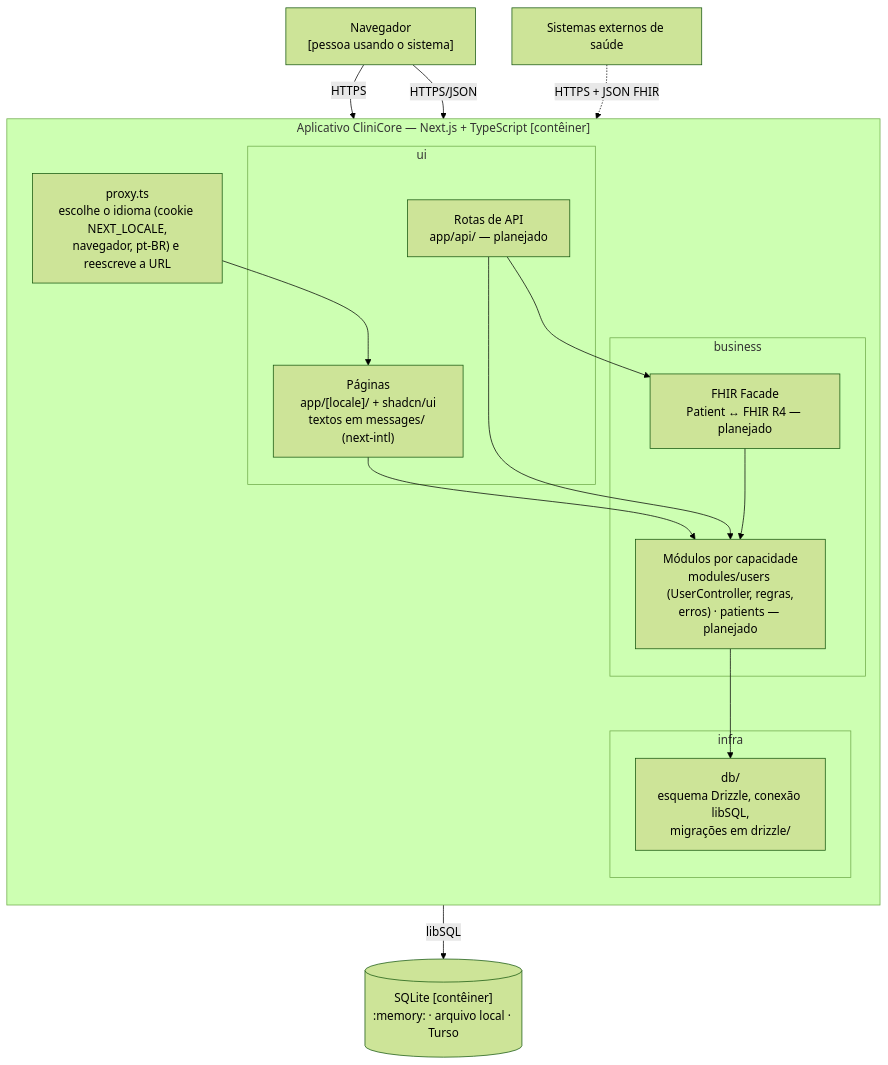
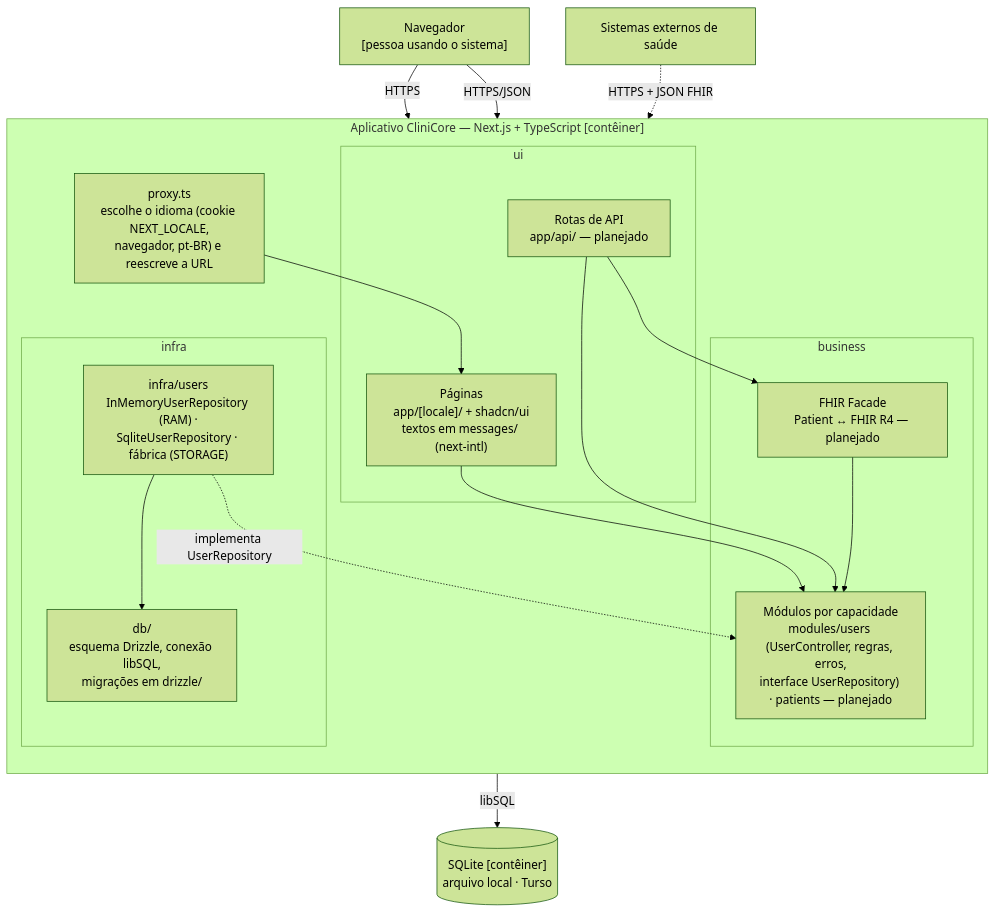
One commit to beatrizmontenegro07/projeto-metodos changed the second of 4 diagrams in docs/07-arquitetura/README.md. Above: the diagram before and after it, drawn with Mermaid (forest theme). The commit also changed other lines of this file and 21 other files, not shown here.

First line of the commit message:
refactor(users): swap storage mechanisms behind a repository interface

````diff
--- a/docs/07-arquitetura/README.md
+++ b/docs/07-arquitetura/README.md
@@ -31,35 +31,37 @@
 ```mermaid
 flowchart TB
     navegador["Navegador<br/>[pessoa usando o sistema]"]
 
     subgraph app["Aplicativo CliniCore — Next.js + TypeScript [contêiner]"]
         direction TB
         proxy["proxy.ts<br/>escolhe o idioma (cookie NEXT_LOCALE,<br/>navegador, pt-BR) e reescreve a URL"]
         subgraph ui["ui"]
             paginas["Páginas<br/>app/[locale]/ + shadcn/ui<br/>textos em messages/ (next-intl)"]
             api["Rotas de API<br/>app/api/ — planejado"]
         end
         subgraph business["business"]
-            modulos["Módulos por capacidade<br/>modules/users (UserController, regras,<br/>erros) · patients — planejado"]
+            modulos["Módulos por capacidade<br/>modules/users (UserController, regras, erros,<br/>interface UserRepository) · patients — planejado"]
             fhirFacade["FHIR Facade<br/>Patient ↔ FHIR R4 — planejado"]
         end
         subgraph infra["infra"]
+            repositorios["infra/users<br/>InMemoryUserRepository (RAM) ·<br/>SqliteUserRepository · fábrica (STORAGE)"]
             db["db/<br/>esquema Drizzle, conexão libSQL,<br/>migrações em drizzle/"]
         end
 
         proxy --> paginas
         paginas --> modulos
         api --> modulos
         api --> fhirFacade
         fhirFacade --> modulos
-        modulos --> db
+        repositorios -.->|implementa UserRepository| modulos
+        repositorios --> db
     end
 
-    banco[("SQLite [contêiner]<br/>:memory: · arquivo local · Turso")]
+    banco[("SQLite [contêiner]<br/>arquivo local · Turso")]
     externos["Sistemas externos de saúde"]
 
     navegador -->|HTTPS| proxy
     navegador -->|HTTPS/JSON| api
     db -->|libSQL| banco
     externos -.->|HTTPS + JSON FHIR| api
 ```
````
